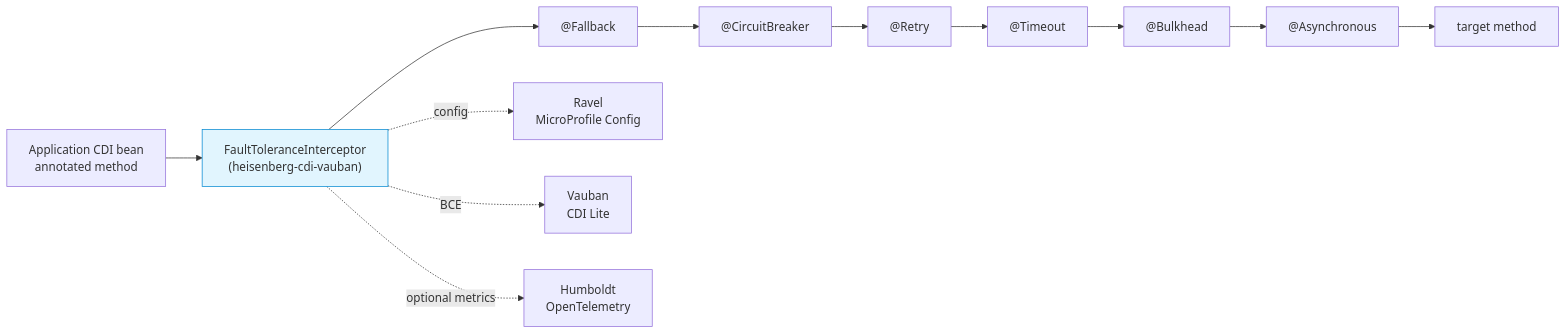
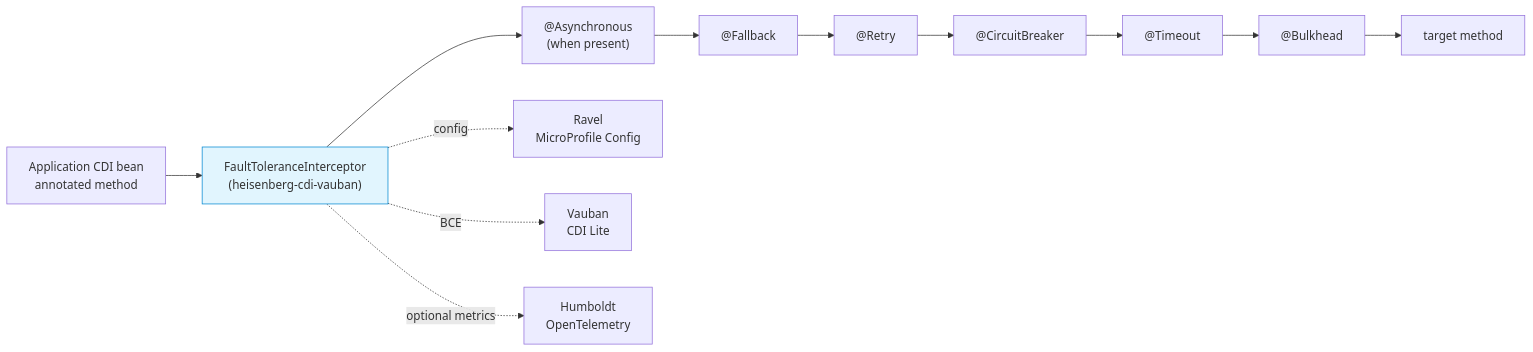
One commit to vidocq-stack/heisenberg changed the diagram in docs/en/modules/ROOT/pages/index.adoc. Above: the diagram before and after it, drawn with Mermaid. The commit also changed other lines of this file and 7 other files, not shown here.

```diff
--- a/docs/en/modules/ROOT/pages/index.adoc
+++ b/docs/en/modules/ROOT/pages/index.adoc
@@ -61,29 +61,29 @@
 [mermaid]
 ....
 flowchart LR
   App["Application CDI bean<br/>annotated method"]
   Interceptor["FaultToleranceInterceptor<br/>(heisenberg-cdi-vauban)"]
+  Async["@Asynchronous<br/>(when present)"]
   Fallback["@Fallback"]
+  Retry["@Retry"]
   CB["@CircuitBreaker"]
-  Retry["@Retry"]
   Timeout["@Timeout"]
   Bulkhead["@Bulkhead"]
-  Async["@Asynchronous"]
   Method["target method"]
 
   App --> Interceptor
-  Interceptor --> Fallback
-  Fallback --> CB
-  CB --> Retry
-  Retry --> Timeout
+  Interceptor --> Async
+  Async --> Fallback
+  Fallback --> Retry
+  Retry --> CB
+  CB --> Timeout
   Timeout --> Bulkhead
-  Bulkhead --> Async
-  Async --> Method
+  Bulkhead --> Method
 
   Interceptor -. "config" .-> Ravel["Ravel<br/>MicroProfile Config"]
   Interceptor -. "BCE" .-> Vauban["Vauban<br/>CDI Lite"]
   Interceptor -. "optional metrics" .-> Humboldt["Humboldt<br/>OpenTelemetry"]
 
   classDef rt fill:#e1f5fe,stroke:#0288d1
   class Interceptor rt
 ....
```
